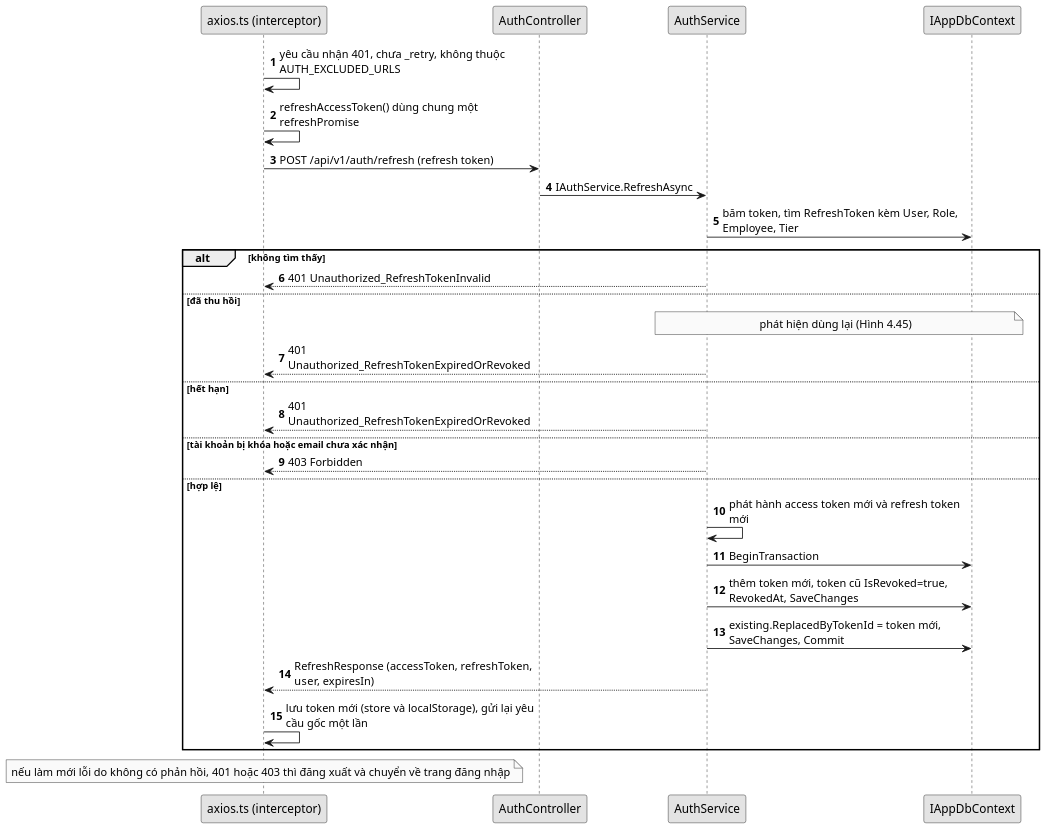
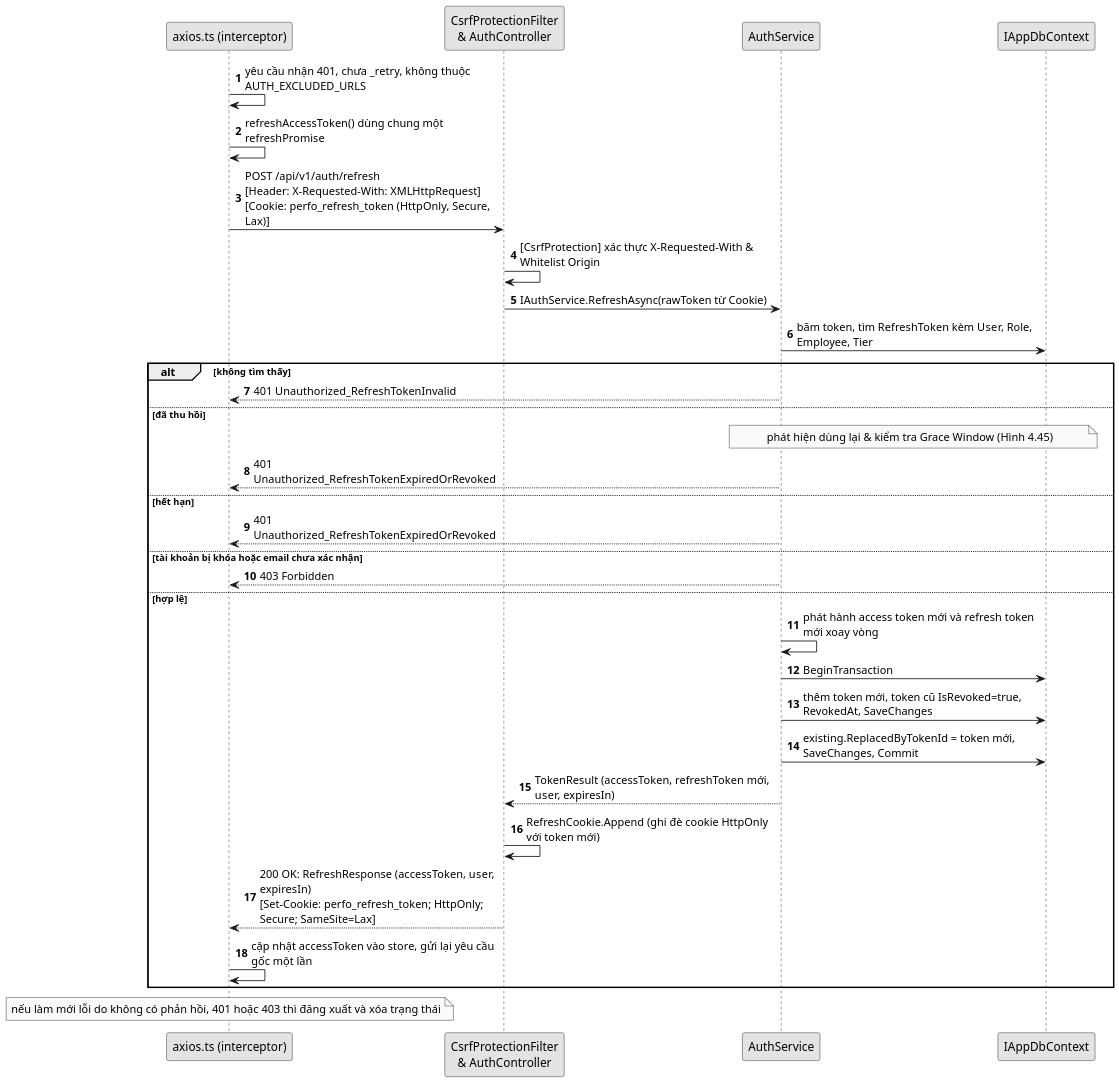
Before and after one commit to nguyenhiennnnn/cinema-v2: the diagram in docs/so-do/plantuml/hinh-4-44.puml, drawn with PlantUML. The commit also changed 97 other files, not shown here.

```diff
--- a/docs/so-do/plantuml/hinh-4-44.puml
+++ b/docs/so-do/plantuml/hinh-4-44.puml
@@ -1,37 +1,40 @@
 @startuml
 skinparam monochrome true
 skinparam shadowing false
 skinparam defaultFontName "Times New Roman"
 skinparam sequenceMessageAlign left
 skinparam maxMessageSize 300
 skinparam ParticipantPadding 12
 skinparam dpi 150
 autonumber
 participant "axios.ts (interceptor)" as SPA
-participant "AuthController" as C
+participant "CsrfProtectionFilter\n& AuthController" as C
 participant "AuthService" as S
 participant "IAppDbContext" as DB
 SPA -> SPA : yêu cầu nhận 401, chưa _retry, không thuộc AUTH_EXCLUDED_URLS
 SPA -> SPA : refreshAccessToken() dùng chung một refreshPromise
-SPA -> C : POST /api/v1/auth/refresh (refresh token)
-C -> S : IAuthService.RefreshAsync
+SPA -> C : POST /api/v1/auth/refresh\n[Header: X-Requested-With: XMLHttpRequest]\n[Cookie: perfo_refresh_token (HttpOnly, Secure, Lax)]
+C -> C : [CsrfProtection] xác thực X-Requested-With & Whitelist Origin
+C -> S : IAuthService.RefreshAsync(rawToken từ Cookie)
 S -> DB : băm token, tìm RefreshToken kèm User, Role, Employee, Tier
 alt không tìm thấy
 S --> SPA : 401 Unauthorized_RefreshTokenInvalid
 else đã thu hồi
-note over S, DB : phát hiện dùng lại (Hình 4.45)
+note over S, DB : phát hiện dùng lại & kiểm tra Grace Window (Hình 4.45)
 S --> SPA : 401 Unauthorized_RefreshTokenExpiredOrRevoked
 else hết hạn
 S --> SPA : 401 Unauthorized_RefreshTokenExpiredOrRevoked
 else tài khoản bị khóa hoặc email chưa xác nhận
 S --> SPA : 403 Forbidden
 else hợp lệ
-S -> S : phát hành access token mới và refresh token mới
+S -> S : phát hành access token mới và refresh token mới xoay vòng
 S -> DB : BeginTransaction
 S -> DB : thêm token mới, token cũ IsRevoked=true, RevokedAt, SaveChanges
 S -> DB : existing.ReplacedByTokenId = token mới, SaveChanges, Commit
-S --> SPA : RefreshResponse (accessToken, refreshToken, user, expiresIn)
-SPA -> SPA : lưu token mới (store và localStorage), gửi lại yêu cầu gốc một lần
+S --> C : TokenResult (accessToken, refreshToken mới, user, expiresIn)
+C -> C : RefreshCookie.Append (ghi đè cookie HttpOnly với token mới)
+C --> SPA : 200 OK: RefreshResponse (accessToken, user, expiresIn)\n[Set-Cookie: perfo_refresh_token; HttpOnly; Secure; SameSite=Lax]
+SPA -> SPA : cập nhật accessToken vào store, gửi lại yêu cầu gốc một lần
 end
-note over SPA : nếu làm mới lỗi do không có phản hồi, 401 hoặc 403 thì đăng xuất và chuyển về trang đăng nhập
+note over SPA : nếu làm mới lỗi do không có phản hồi, 401 hoặc 403 thì đăng xuất và xóa trạng thái
 @enduml
```
